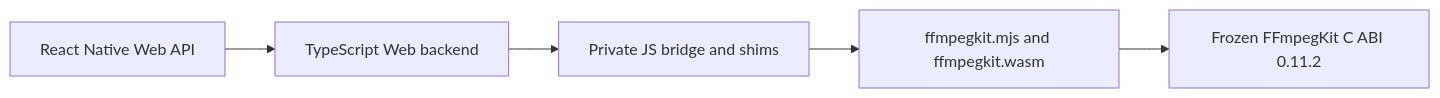
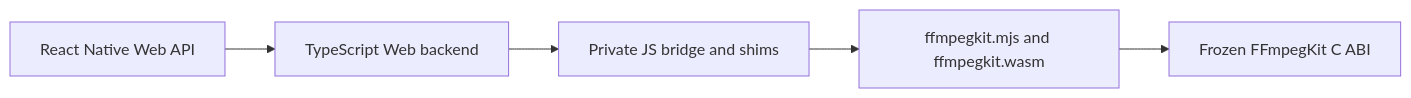
One commit to akashskypatel/ffmpeg-kit-extended changed the diagram in react-native/doc/web-native-bridge.md. Above: the diagram before and after it, drawn with Mermaid. The commit also changed other lines of this file and 7 other files, not shown here.

````diff
--- a/react-native/doc/web-native-bridge.md
+++ b/react-native/doc/web-native-bridge.md
@@ -8,7 +8,7 @@
 ```mermaid
 flowchart LR
   App[React Native Web API] --> TS[TypeScript Web backend]
   TS --> Bridge[Private JS bridge and shims]
   Bridge --> Runtime[ffmpegkit.mjs and ffmpegkit.wasm]
-  Runtime --> C[Frozen FFmpegKit C ABI 0.11.2]
+  Runtime --> C[Frozen FFmpegKit C ABI]
 ```
````
